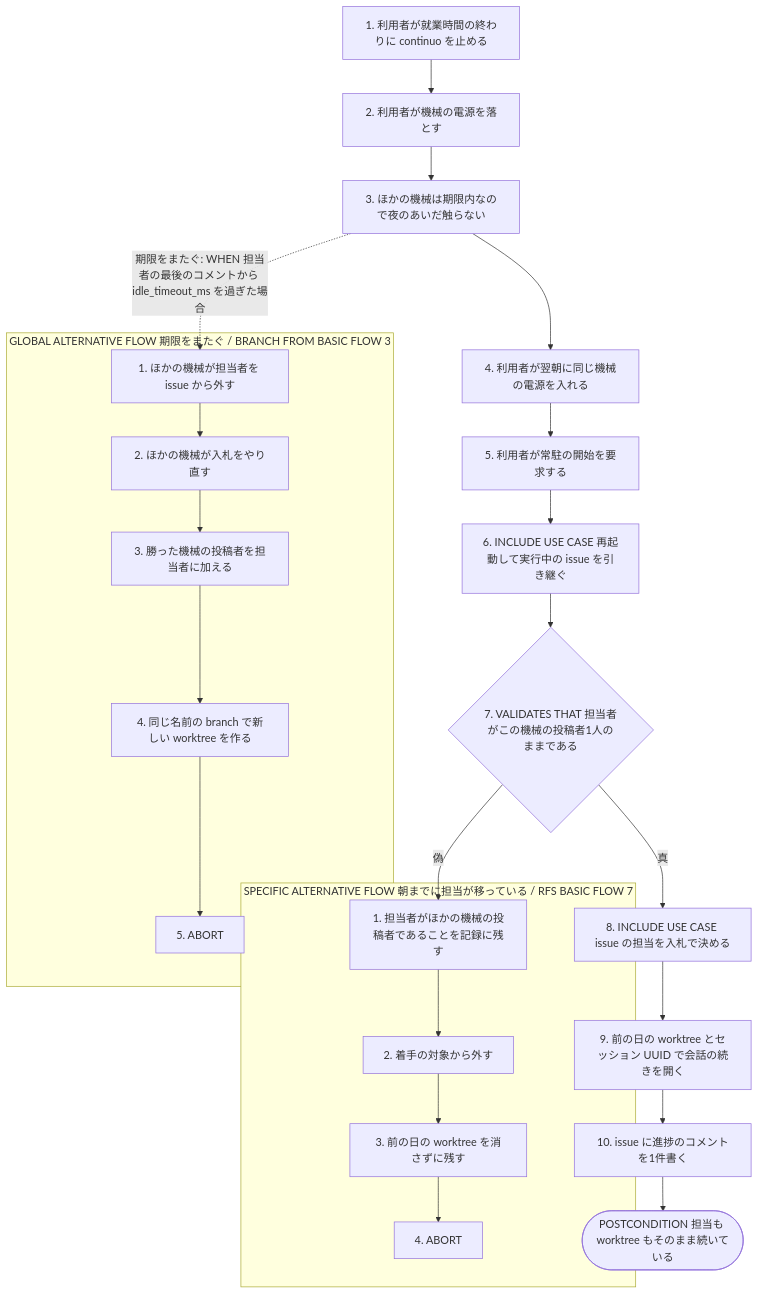
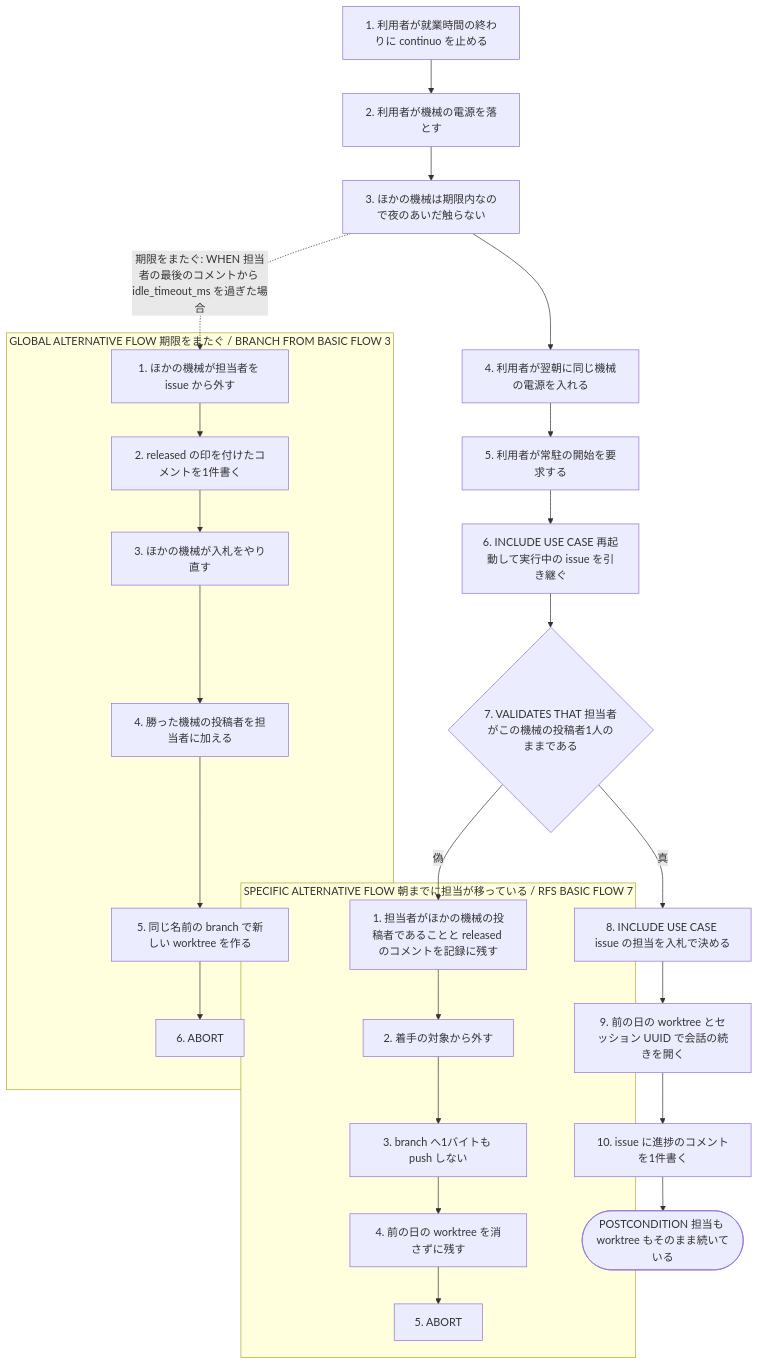
Before and after one commit to maimuzo/continuo: the first of 2 diagrams in docs/spec/usecases/scenario/夜に機械を落として翌朝に担当を続ける.rucm.md, drawn with Mermaid. The commit also changed other lines of this file and 20 other files, not shown here.

````diff
--- a/docs/spec/usecases/scenario/夜に機械を落として翌朝に担当を続ける.rucm.md
+++ b/docs/spec/usecases/scenario/夜に機械を落として翌朝に担当を続ける.rucm.md
@@ -115,27 +118,27 @@
 ```mermaid
 flowchart TD
     B1["1. 利用者が就業時間の終わりに continuo を止める"]
     B2["2. 利用者が機械の電源を落とす"]
     B3["3. ほかの機械は期限内なので夜のあいだ触らない"]
     B4["4. 利用者が翌朝に同じ機械の電源を入れる"]
     B5["5. 利用者が常駐の開始を要求する"]
     B6["6. INCLUDE USE CASE 再起動して実行中の issue を引き継ぐ"]
     B7{"7. VALIDATES THAT 担当者がこの機械の投稿者1人のままである"}
     B8["8. INCLUDE USE CASE issue の担当を入札で決める"]
     B9["9. 前の日の worktree とセッション UUID で会話の続きを開く"]
     B10["10. issue に進捗のコメントを1件書く"]
     BPOST(["POSTCONDITION 担当も worktree もそのまま続いている"])
 
     B1 --> B2 --> B3 --> B4 --> B5 --> B6 --> B7
     B7 -- 偽 --> A1S1
     B7 -- 真 --> B8 --> B9 --> B10 --> BPOST
     B3 -. "期限をまたぐ: WHEN 担当者の最後のコメントから idle_timeout_ms を過ぎた場合" .-> G1S1
 
     subgraph SAF1 ["SPECIFIC ALTERNATIVE FLOW 朝までに担当が移っている / RFS BASIC FLOW 7"]
-        A1S1["1. 担当者がほかの機械の投稿者であることを記録に残す"] --> A1S2["2. 着手の対象から外す"] --> A1S3["3. 前の日の worktree を消さずに残す"] --> A1S4["4. ABORT"]
+        A1S1["1. 担当者がほかの機械の投稿者であることと released のコメントを記録に残す"] --> A1S2["2. 着手の対象から外す"] --> A1S3["3. branch へ1バイトも push しない"] --> A1S4["4. 前の日の worktree を消さずに残す"] --> A1S5["5. ABORT"]
     end
 
     subgraph GAF1 ["GLOBAL ALTERNATIVE FLOW 期限をまたぐ / BRANCH FROM BASIC FLOW 3"]
-        G1S1["1. ほかの機械が担当者を issue から外す"] --> G1S2["2. ほかの機械が入札をやり直す"] --> G1S3["3. 勝った機械の投稿者を担当者に加える"] --> G1S4["4. 同じ名前の branch で新しい worktree を作る"] --> G1S5["5. ABORT"]
+        G1S1["1. ほかの機械が担当者を issue から外す"] --> G1S2["2. released の印を付けたコメントを1件書く"] --> G1S3["3. ほかの機械が入札をやり直す"] --> G1S4["4. 勝った機械の投稿者を担当者に加える"] --> G1S5["5. 同じ名前の branch で新しい worktree を作る"] --> G1S6["6. ABORT"]
     end
 ```
````
